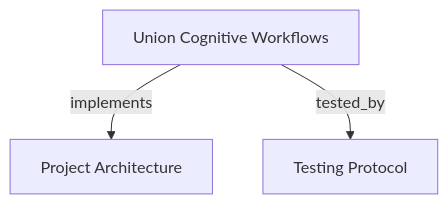
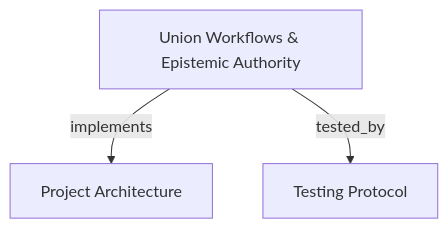
Before and after one commit to correriadev/codebase-memory-multigraph-mcp: the diagram in docs/feature/union_workflow.md, drawn with Mermaid. The commit also changed other lines of this file and 7 other files, not shown here.

````diff
--- a/docs/feature/union_workflow.md
+++ b/docs/feature/union_workflow.md
@@ -204,7 +146,7 @@
 ```mermaid
 graph TD
-    THIS["Union Cognitive Workflows"] -->|implements| ARCH["Project Architecture"]
+    THIS["Union Workflows & Epistemic Authority"] -->|implements| ARCH["Project Architecture"]
     THIS -->|tested_by| TESTS["Testing Protocol"]
     click ARCH "../adr/ARCHITECTURE.md"
     click TESTS "../adr/TESTS.md"
 ```
````
